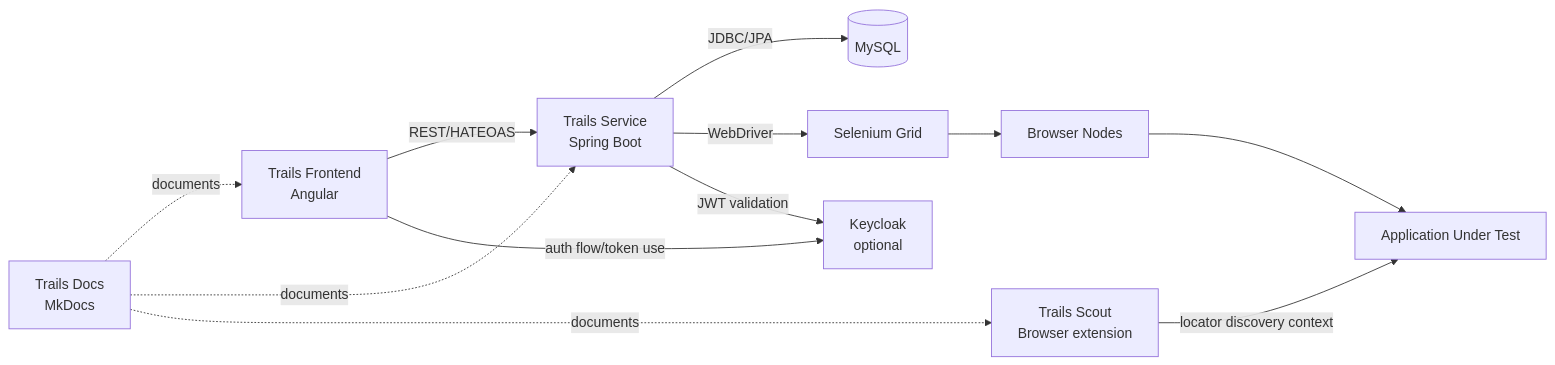
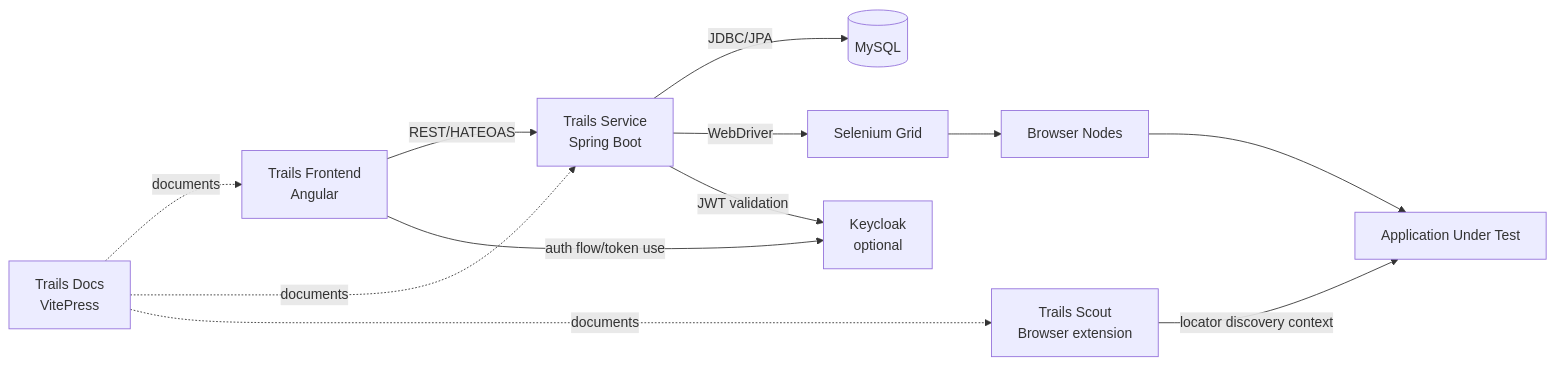
One commit to yaforster/trails-docs changed the diagram in docs/diagrams/building-block-level-1.mmd. Above: the diagram before and after it, drawn with Mermaid. The commit also changed 23 other files, not shown here.

Commit message:
Added assets for technology icons. Fixed error preventing rendering of mermaid graphs.

```diff
--- a/docs/diagrams/building-block-level-1.mmd
+++ b/docs/diagrams/building-block-level-1.mmd
@@ -1,22 +1,22 @@
 flowchart LR
     frontend["Trails Frontend<br/>Angular"]
     scout["Trails Scout<br/>Browser extension"]
     service["Trails Service<br/>Spring Boot"]
-    docs["Trails Docs<br/>MkDocs"]
+    docs["Trails Docs<br/>VitePress"]
     mysql[("MySQL")]
     selenium["Selenium Grid"]
     browsers["Browser Nodes"]
     keycloak["Keycloak<br/>optional"]
     target["Application Under Test"]
 
     frontend -->|"REST/HATEOAS"| service
     scout -->|"locator discovery context"| target
     service -->|"JDBC/JPA"| mysql
     service -->|"WebDriver"| selenium
     selenium --> browsers
     browsers --> target
     service -->|"JWT validation"| keycloak
     frontend -->|"auth flow/token use"| keycloak
     docs -.->|"documents"| frontend
     docs -.->|"documents"| service
     docs -.->|"documents"| scout
```
